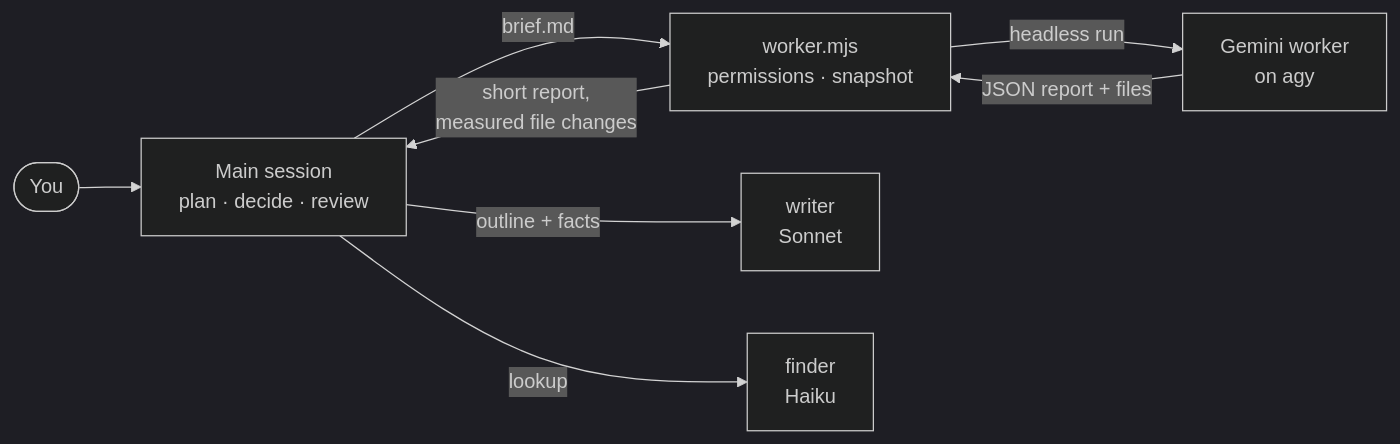
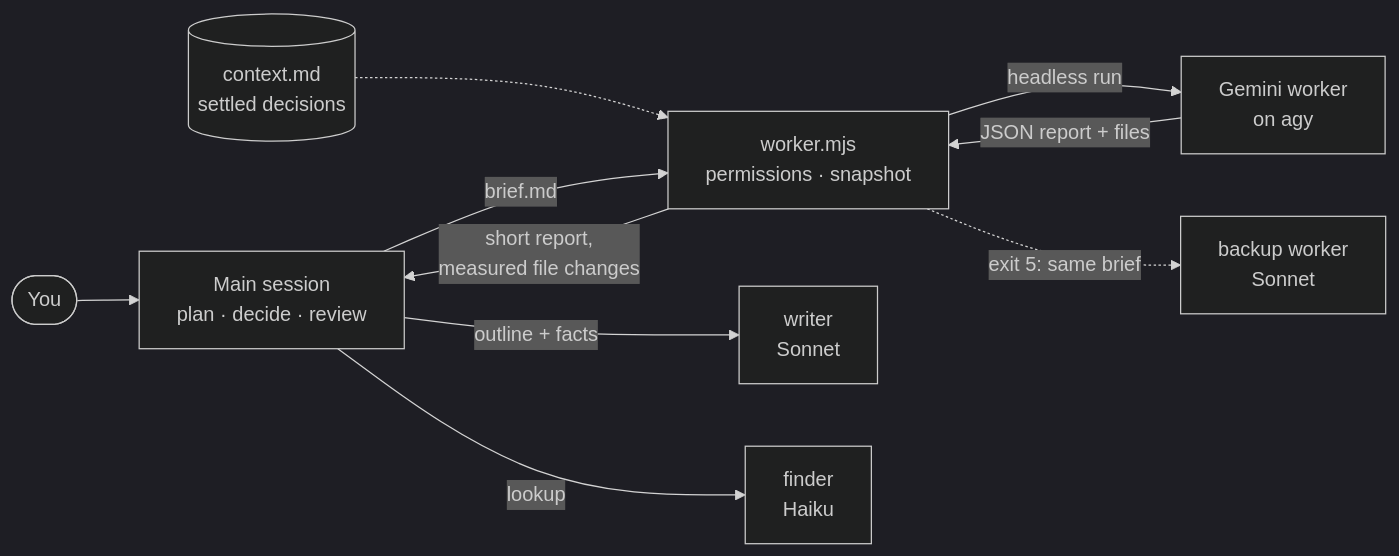
Before and after one commit to keienhrri-bit/brain-dispatch: the diagram in README.md, drawn with Mermaid (dark theme). The commit also changed other lines of this file and 19 other files, not shown here.

````diff
--- a/README.md
+++ b/README.md
@@ -16,10 +28,12 @@
 ```mermaid
 flowchart LR
   U([You]) --> B["Main session<br/>plan · decide · review"]
+  C[("context.md<br/>settled decisions")] -.-> D
   B -- "brief.md" --> D["worker.mjs<br/>permissions · snapshot"]
   D -- "headless run" --> W["Gemini worker<br/>on agy"]
   W -- "JSON report + files" --> D
   D -- "short report,<br/>measured file changes" --> B
+  D -. "exit 5: same brief" .-> K["backup worker<br/>Sonnet"]
   B -- "outline + facts" --> S["writer<br/>Sonnet"]
   B -- "lookup" --> H["finder<br/>Haiku"]
 ```
````
